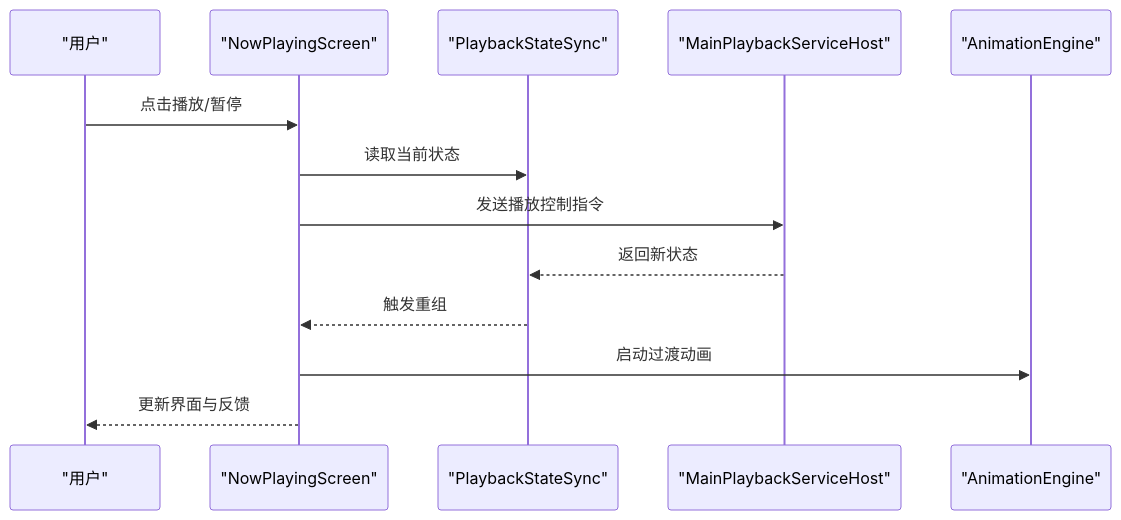
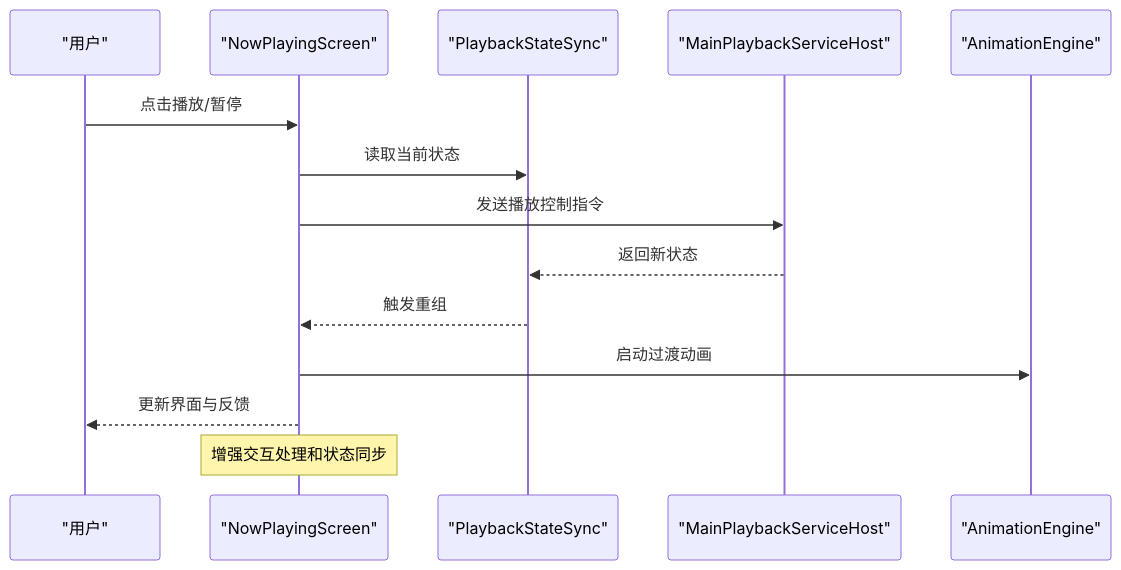
Before and after one commit to ysyhlly/Yukine-android: the third of 5 diagrams in .qoder/repowiki/zh/content/架构设计/模块化设计/功能特性模块/播放器界面模块 (feature_player-ui).md, drawn with Mermaid. The commit also changed other lines of this file and 158 other files, not shown here.

````diff
--- a/.qoder/repowiki/zh/content/架构设计/模块化设计/功能特性模块/播放器界面模块 (feature_player-ui).md
+++ b/.qoder/repowiki/zh/content/架构设计/模块化设计/功能特性模块/播放器界面模块 (feature_player-ui).md
@@ -243,15 +256,16 @@
 ```mermaid
 sequenceDiagram
 participant User as "用户"
 participant Screen as "NowPlayingScreen"
 participant State as "PlaybackStateSync"
 participant Host as "MainPlaybackServiceHost"
 participant Anim as "AnimationEngine"
 User->>Screen : 点击播放/暂停
 Screen->>State : 读取当前状态
 Screen->>Host : 发送播放控制指令
 Host-->>State : 返回新状态
 State-->>Screen : 触发重组
 Screen->>Anim : 启动过渡动画
 Screen-->>User : 更新界面与反馈
+Note over Screen : 增强交互处理和状态同步
 ```
````
